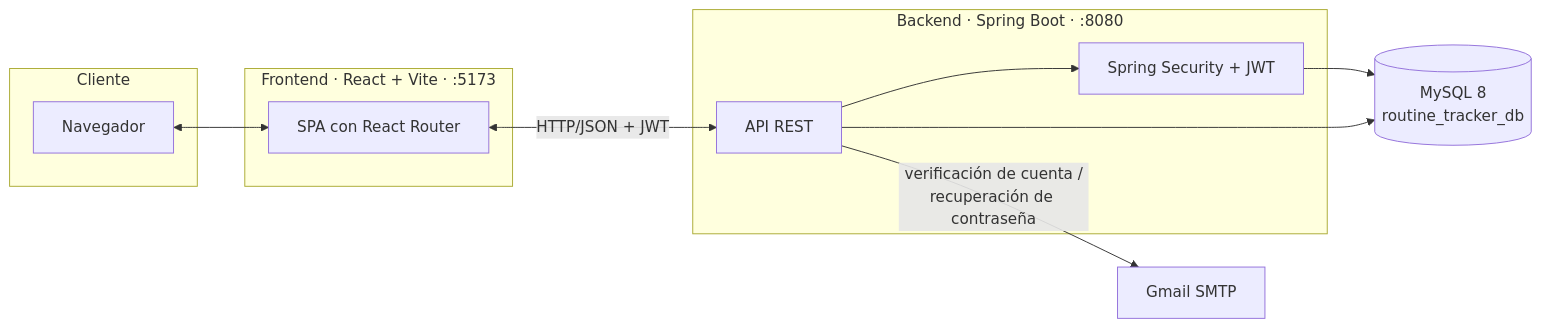
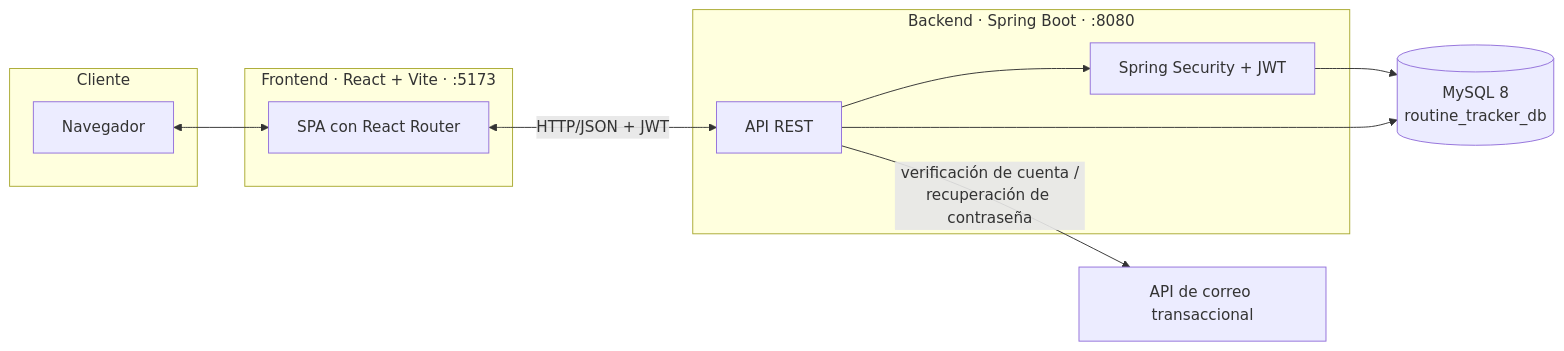
The first of 3 diagrams in README.md (DylanVallejo/routineTracker), drawn with Mermaid before and after one commit. The commit also changed other lines of this file, not shown here.

Commit message:
Actualiza el README para reflejar el envio de correo via Brevo en vez de Gmail SMTP

````diff
--- a/README.md
+++ b/README.md
@@ -37,22 +37,22 @@
 ```mermaid
 flowchart LR
     subgraph Cliente
         A[Navegador]
     end
     subgraph Frontend["Frontend · React + Vite · :5173"]
         B[SPA con React Router]
     end
     subgraph Backend["Backend · Spring Boot · :8080"]
         C[API REST]
         D[Spring Security + JWT]
     end
     E[(MySQL 8<br/>routine_tracker_db)]
-    F[Gmail SMTP]
+    F[API de correo transaccional]
 
     A <--> B
     B <-- "HTTP/JSON + JWT" --> C
     C --> D
     D --> E
     C --> E
     C -- "verificación de cuenta /<br/>recuperación de contraseña" --> F
 ```
````
